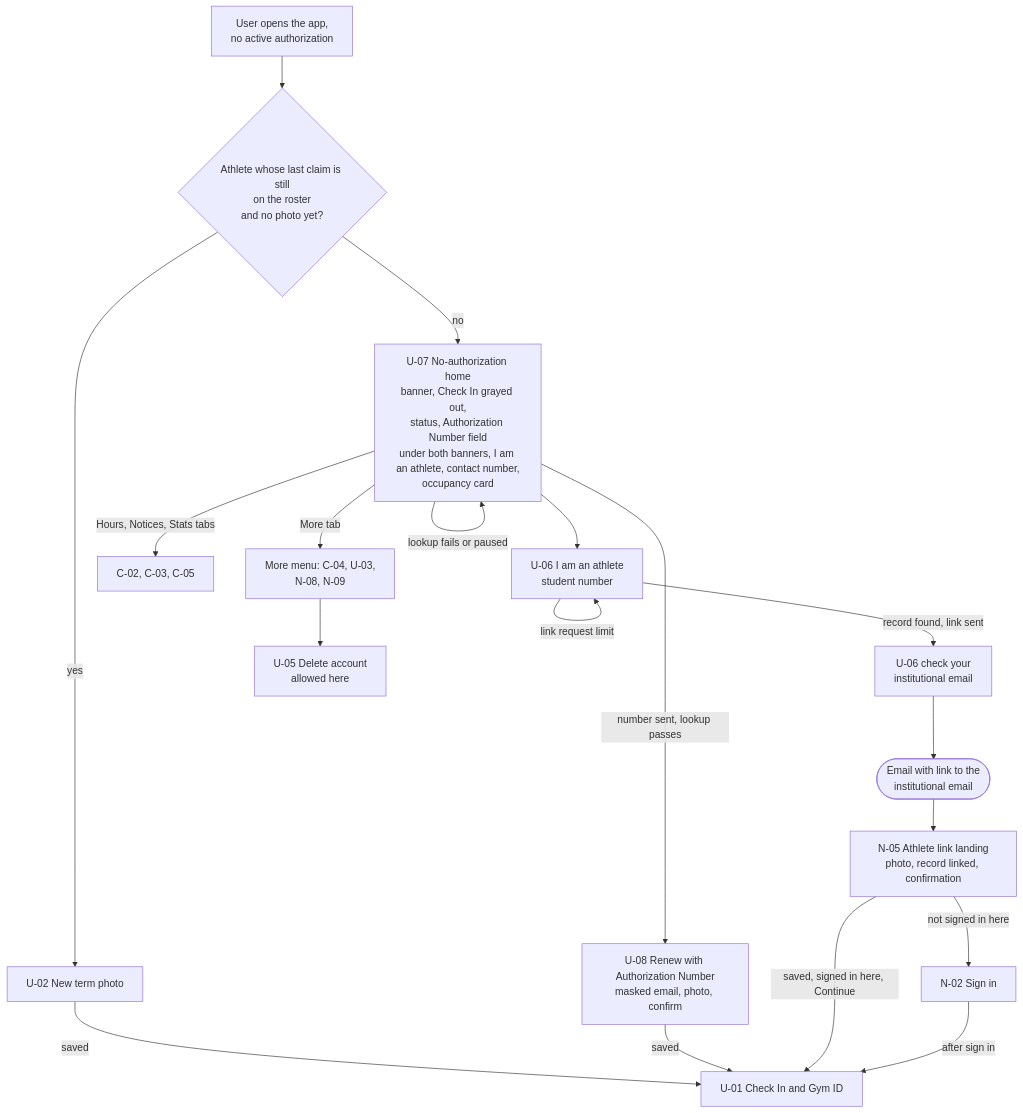
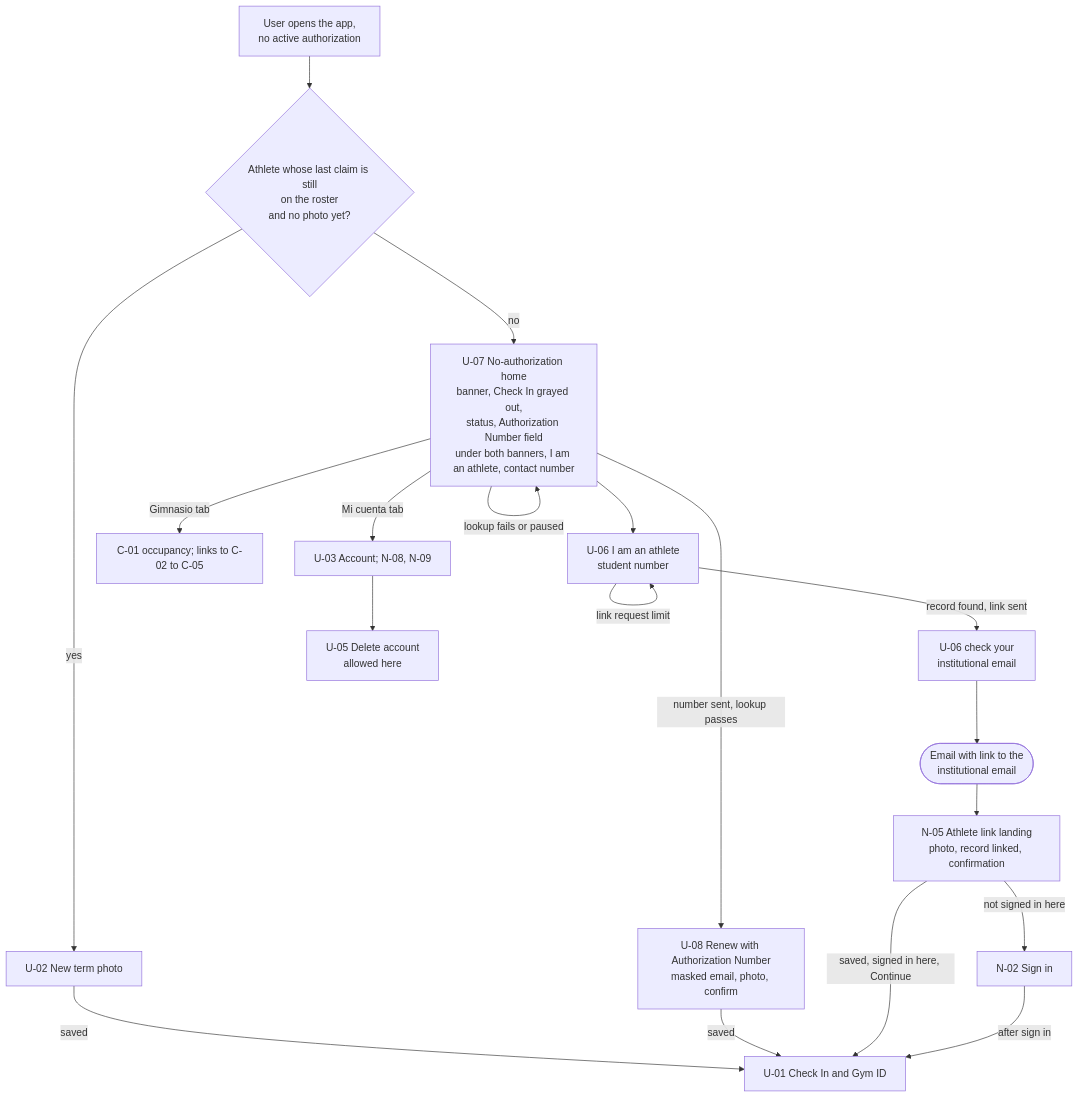
Before and after one commit to Th3-Minorities/natatorio-gym-app: the third of 7 diagrams in docs/design/screen-map.md, drawn with Mermaid. The commit also changed other lines of this file, not shown here.

````diff
--- a/docs/design/screen-map.md
+++ b/docs/design/screen-map.md
@@ -85,21 +87,21 @@
 ```mermaid
 flowchart TD
   OPEN["User opens the app,<br/>no active authorization"] --> T{"Athlete whose last claim is still<br/>on the roster<br/>and no photo yet?"}
   T -->|"yes"| U02["U-02 New term photo"]
   U02 -->|"saved"| U01["U-01 Check In and Gym ID"]
-  T -->|"no"| U07["U-07 No-authorization home<br/>banner, Check In grayed out,<br/>status, Authorization Number field<br/>under both banners, I am an athlete, contact number,<br/>occupancy card"]
+  T -->|"no"| U07["U-07 No-authorization home<br/>banner, Check In grayed out,<br/>status, Authorization Number field<br/>under both banners, I am an athlete, contact number"]
   U07 -->|"number sent, lookup passes"| U08["U-08 Renew with Authorization Number<br/>masked email, photo, confirm"]
   U07 -->|"lookup fails or paused"| U07
   U08 -->|"saved"| U01
   U07 --> U06["U-06 I am an athlete<br/>student number"]
   U06 -->|"record found, link sent"| U06M["U-06 check your<br/>institutional email"]
   U06 -->|"link request limit"| U06
   U06M --> MAIL(["Email with link to the<br/>institutional email"])
   MAIL --> N05["N-05 Athlete link landing<br/>photo, record linked, confirmation"]
   N05 -->|"saved, signed in here, Continue"| U01
   N05 -->|"not signed in here"| N02["N-02 Sign in"]
   N02 -->|"after sign in"| U01
-  U07 -->|"Hours, Notices, Stats tabs"| SH["C-02, C-03, C-05"]
-  U07 -->|"More tab"| MORE["More menu: C-04, U-03,<br/>N-08, N-09"]
+  U07 -->|"Gimnasio tab"| SH["C-01 occupancy; links to C-02 to C-05"]
+  U07 -->|"Mi cuenta tab"| MORE["U-03 Account; N-08, N-09"]
   MORE --> U05["U-05 Delete account<br/>allowed here"]
 ```
````
